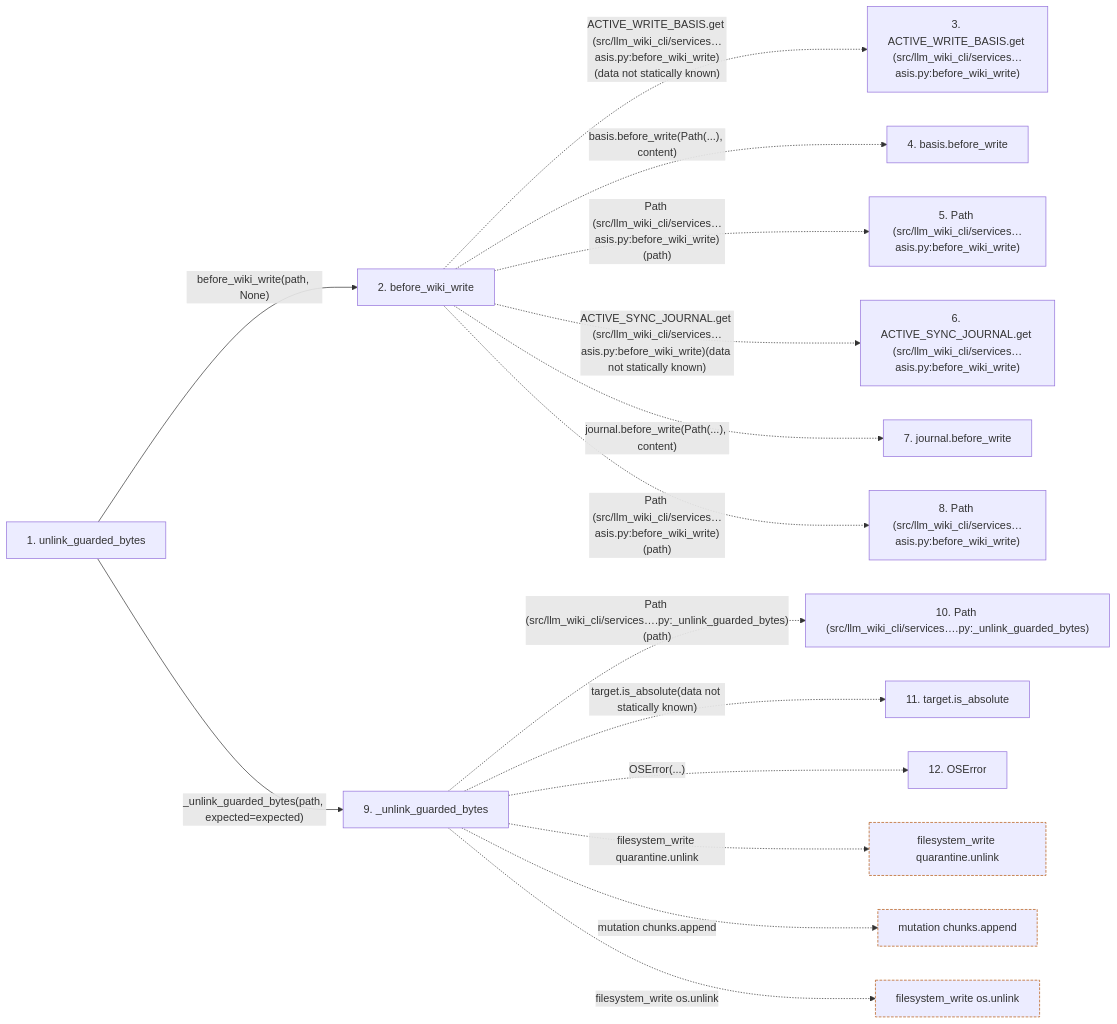
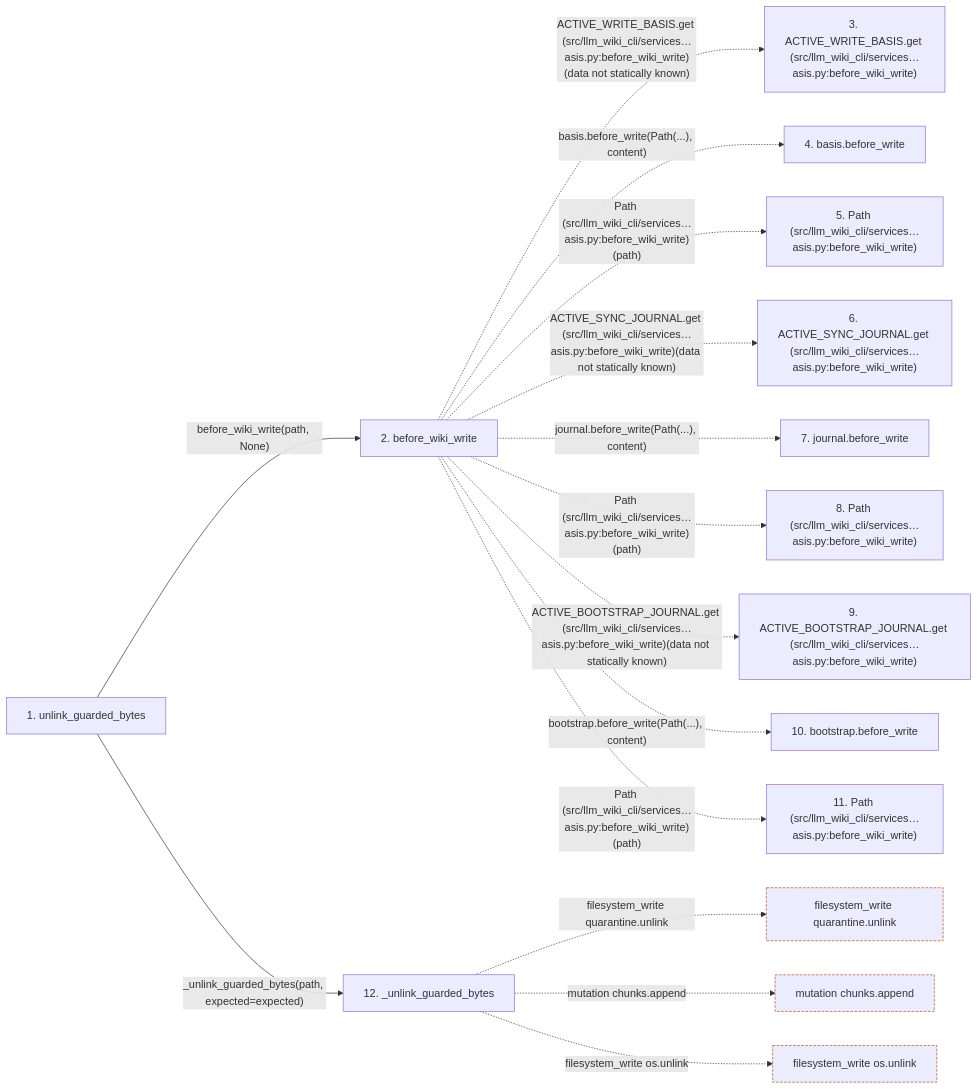
One commit to Denissvgn/python-wiki-llm changed the second of 2 diagrams in docs/llm_wiki/flows/api-unlink_guarded_bytes.md. Above: the diagram before and after it, drawn with Mermaid. The commit also changed other lines of this file and 303 other files, not shown here.

Commit message:
docs: refresh wiki for bootstrap recovery and helper validation

````diff
--- a/docs/llm_wiki/flows/api-unlink_guarded_bytes.md
+++ b/docs/llm_wiki/flows/api-unlink_guarded_bytes.md
@@ -101,39 +101,39 @@
 ```mermaid
 flowchart LR
     s1["1. unlink_guarded_bytes"]
     s2["2. before_wiki_write"]
     s3["3. ACTIVE_WRITE_BASIS.get (src/llm_wiki_cli/services…asis.py:before_wiki_write)"]
     s4["4. basis.before_write"]
     s5["5. Path (src/llm_wiki_cli/services…asis.py:before_wiki_write)"]
     s6["6. ACTIVE_SYNC_JOURNAL.get (src/llm_wiki_cli/services…asis.py:before_wiki_write)"]
     s7["7. journal.before_write"]
     s8["8. Path (src/llm_wiki_cli/services…asis.py:before_wiki_write)"]
-    s9["9. _unlink_guarded_bytes"]
-    s10["10. Path (src/llm_wiki_cli/services….py:_unlink_guarded_bytes)"]
-    s11["11. target.is_absolute"]
-    s12["12. OSError"]
+    s9["9. ACTIVE_BOOTSTRAP_JOURNAL.get (src/llm_wiki_cli/services…asis.py:before_wiki_write)"]
+    s10["10. bootstrap.before_write"]
+    s11["11. Path (src/llm_wiki_cli/services…asis.py:before_wiki_write)"]
+    s12["12. _unlink_guarded_bytes"]
     s1 -->|"before_wiki_write(path, None)"| s2
     s2 -. "ACTIVE_WRITE_BASIS.get (src/llm_wiki_cli/services…asis.py:before_wiki_write)(data not statically known)" .-> s3
     s2 -. "basis.before_write(Path(...), content)" .-> s4
     s2 -. "Path (src/llm_wiki_cli/services…asis.py:before_wiki_write)(path)" .-> s5
     s2 -. "ACTIVE_SYNC_JOURNAL.get (src/llm_wiki_cli/services…asis.py:before_wiki_write)(data not statically known)" .-> s6
     s2 -. "journal.before_write(Path(...), content)" .-> s7
     s2 -. "Path (src/llm_wiki_cli/services…asis.py:before_wiki_write)(path)" .-> s8
-    s1 -->|"_unlink_guarded_bytes(path, expected=expected)"| s9
-    s9 -. "Path (src/llm_wiki_cli/services….py:_unlink_guarded_bytes)(path)" .-> s10
-    s9 -. "target.is_absolute(data not statically known)" .-> s11
-    s9 -. "OSError(...)" .-> s12
+    s2 -. "ACTIVE_BOOTSTRAP_JOURNAL.get (src/llm_wiki_cli/services…asis.py:before_wiki_write)(data not statically known)" .-> s9
+    s2 -. "bootstrap.before_write(Path(...), content)" .-> s10
+    s2 -. "Path (src/llm_wiki_cli/services…asis.py:before_wiki_write)(path)" .-> s11
+    s1 -->|"_unlink_guarded_bytes(path, expected=expected)"| s12
     b0["filesystem_write quarantine.unlink"]
-    s9 -. "filesystem_write quarantine.unlink" .-> b0
+    s12 -. "filesystem_write quarantine.unlink" .-> b0
     b1["mutation chunks.append"]
-    s9 -. "mutation chunks.append" .-> b1
+    s12 -. "mutation chunks.append" .-> b1
     b2["filesystem_write os.unlink"]
-    s9 -. "filesystem_write os.unlink" .-> b2
+    s12 -. "filesystem_write os.unlink" .-> b2
     click s1 "../modules/filesystem_guard.md"
     click s2 "../modules/wiki_write_basis.md"
-    click s9 "../modules/filesystem_guard.md"
+    click s12 "../modules/filesystem_guard.md"
     classDef boundary stroke:#b45309,stroke-dasharray: 4 2
     class b0 boundary
     class b1 boundary
     class b2 boundary
 ```
````
